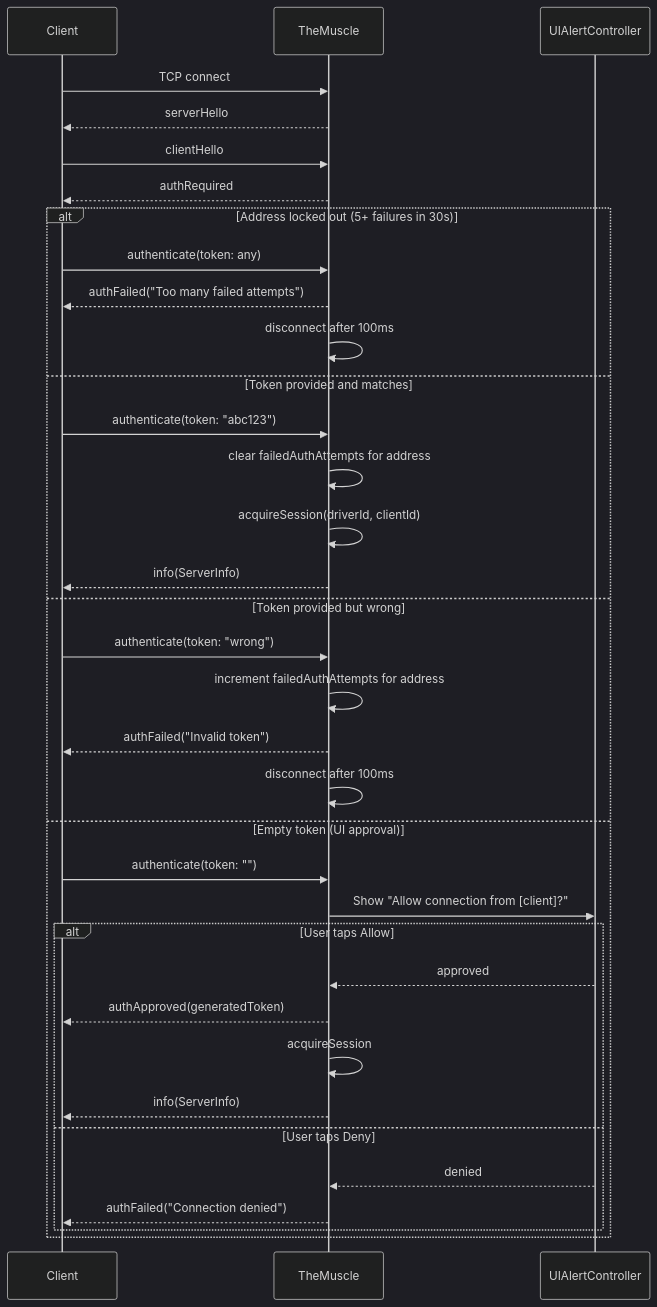
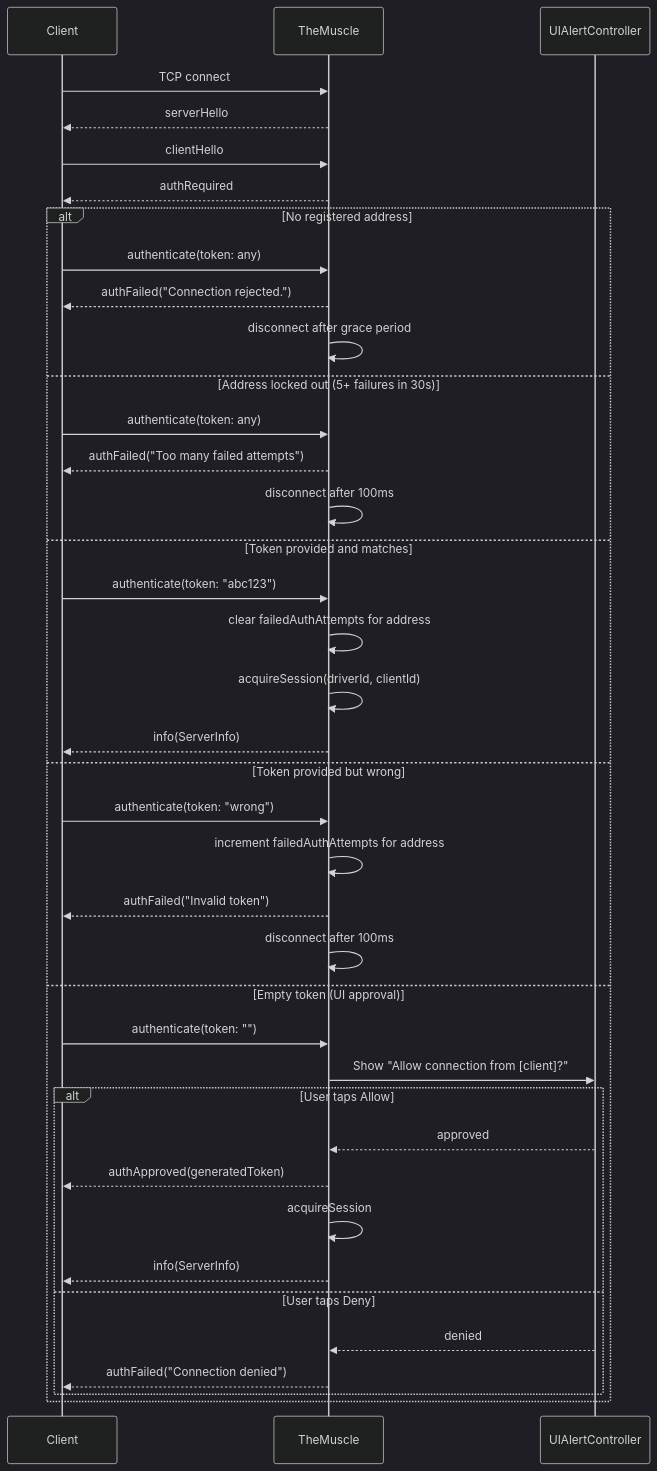
Before and after one commit to RoyalPineapple/TheButtonHeist: the second of 3 diagrams in docs/dossiers/06-THEMUSCLE.md, drawn with Mermaid (dark theme). The commit also changed other lines of this file and 3 other files, not shown here.

````diff
--- a/docs/dossiers/06-THEMUSCLE.md
+++ b/docs/dossiers/06-THEMUSCLE.md
@@ -48,39 +49,43 @@
 ```mermaid
 sequenceDiagram
     participant C as Client
     participant M as TheMuscle
     participant UI as UIAlertController
 
     C->>M: TCP connect
     M-->>C: serverHello
     C->>M: clientHello
     M-->>C: authRequired
 
-    alt Address locked out (5+ failures in 30s)
+    alt No registered address
+        C->>M: authenticate(token: any)
+        M-->>C: authFailed("Connection rejected.")
+        M->>M: disconnect after grace period
+    else Address locked out (5+ failures in 30s)
         C->>M: authenticate(token: any)
         M-->>C: authFailed("Too many failed attempts")
         M->>M: disconnect after 100ms
     else Token provided and matches
         C->>M: authenticate(token: "abc123")
         M->>M: clear failedAuthAttempts for address
         M->>M: acquireSession(driverId, clientId)
         M-->>C: info(ServerInfo)
     else Token provided but wrong
         C->>M: authenticate(token: "wrong")
         M->>M: increment failedAuthAttempts for address
         M-->>C: authFailed("Invalid token")
         M->>M: disconnect after 100ms
     else Empty token (UI approval)
         C->>M: authenticate(token: "")
         M->>UI: Show "Allow connection from [client]?"
         alt User taps Allow
             UI-->>M: approved
             M-->>C: authApproved(generatedToken)
             M->>M: acquireSession
             M-->>C: info(ServerInfo)
         else User taps Deny
             UI-->>M: denied
             M-->>C: authFailed("Connection denied")
         end
     end
 ```
````
